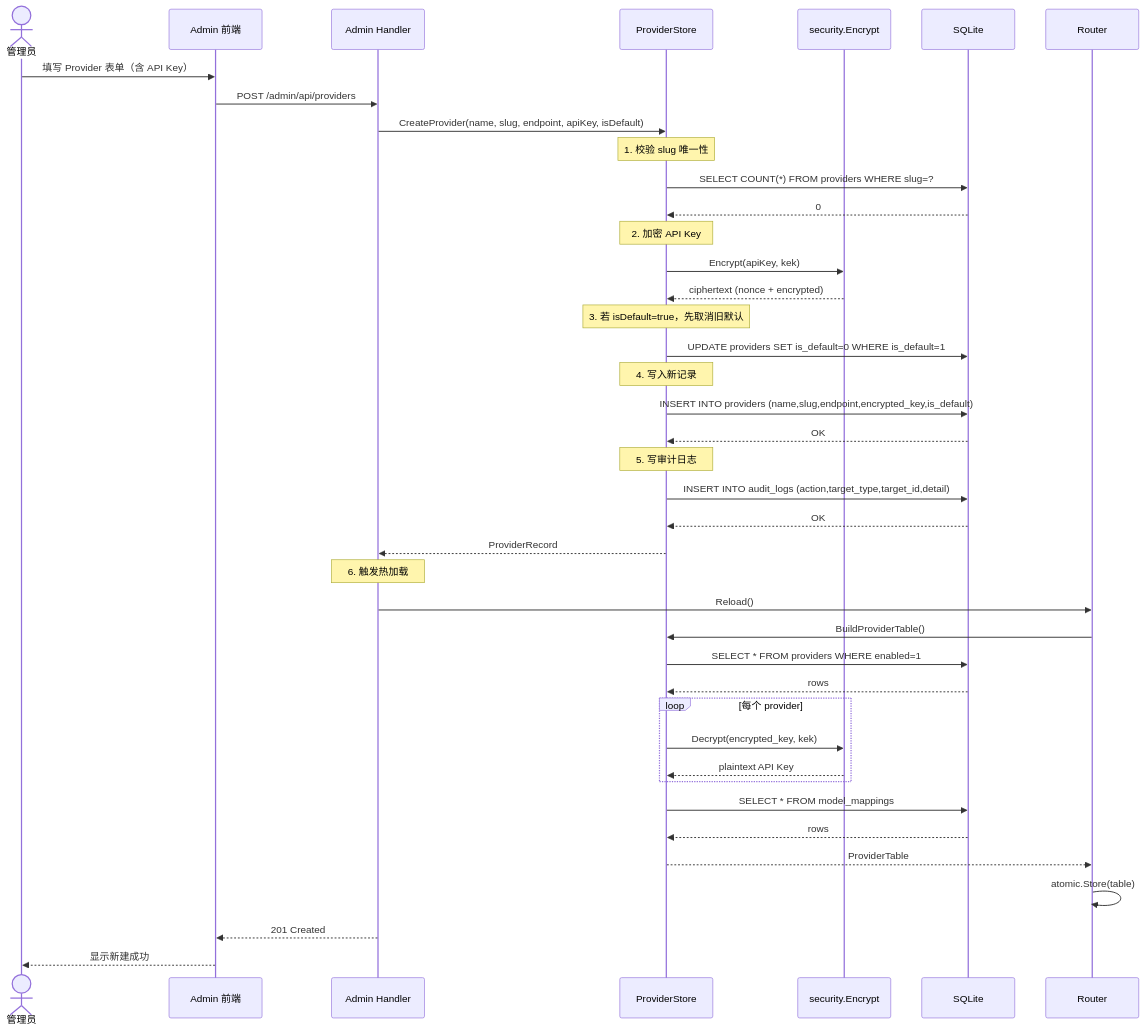
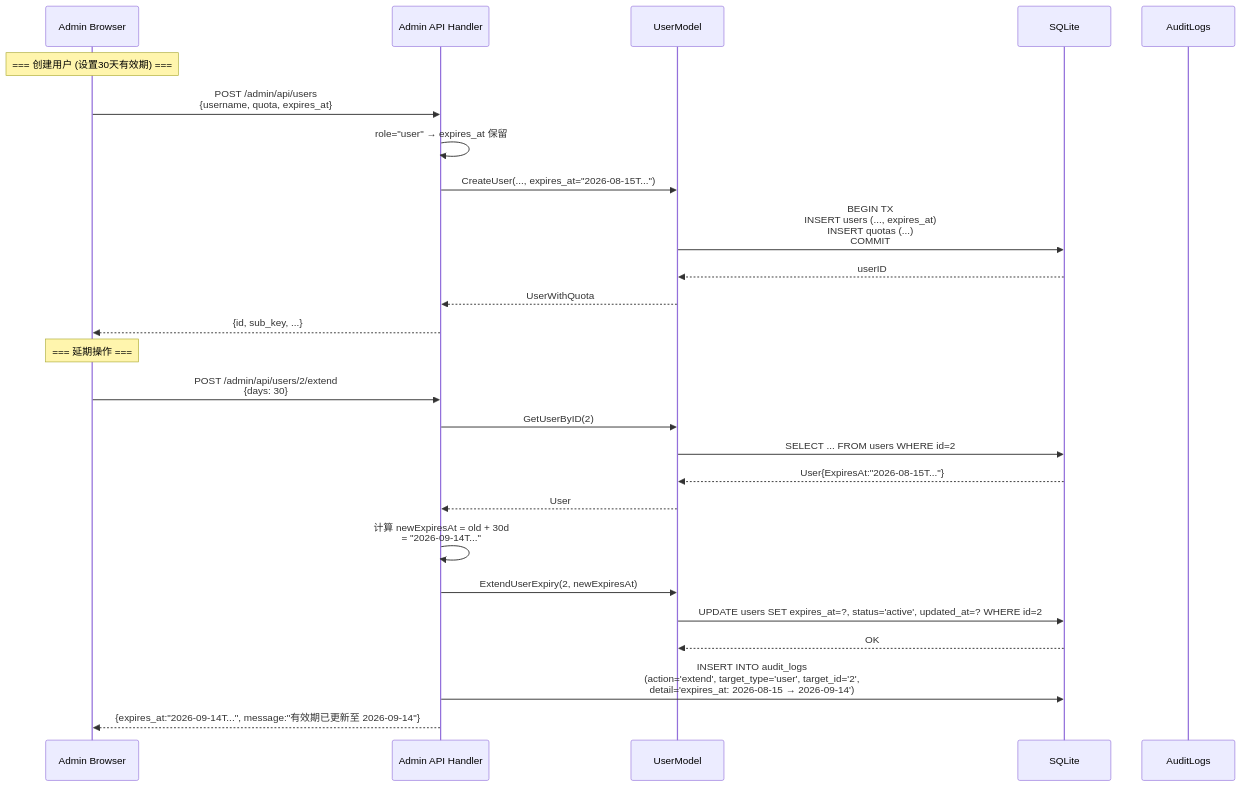
The third of 4 diagrams in docs/system_design.md (16499259-oss/shimiaocheng-llm), drawn with Mermaid before and after one commit. The commit also changed other lines of this file and 4 other files, not shown here.

Commit message:
docs: update design docs + add user-expiry PRD and sequence diagram

````diff
--- a/docs/system_design.md
+++ b/docs/system_design.md
@@ -450,52 +221,30 @@
 ```mermaid
 sequenceDiagram
-    actor Admin as 管理员
-    participant FE as Admin 前端
-    participant API as Admin Handler
-    participant Store as ProviderStore
-    participant Sec as security.Encrypt
+    participant A as Admin Browser
+    participant API as Admin API Handler
+    participant M as UserModel
     participant DB as SQLite
-    participant R as Router
+    participant AL as AuditLogs
 
-    Admin->>FE: 填写 Provider 表单（含 API Key）
-    FE->>API: POST /admin/api/providers
-    API->>Store: CreateProvider(name, slug, endpoint, apiKey, isDefault)
+    Note over A: === 创建用户 (设置30天有效期) ===
+    A->>API: POST /admin/api/users<br/>{username, quota, expires_at}
+    API->>API: role="user" → expires_at 保留
+    API->>M: CreateUser(..., expires_at="2026-08-15T...")
+    M->>DB: BEGIN TX<br/>INSERT users (..., expires_at)<br/>INSERT quotas (...)<br/>COMMIT
+    DB-->>M: userID
+    M-->>API: UserWithQuota
+    API-->>A: {id, sub_key, ...}
 
-    Note over Store: 1. 校验 slug 唯一性
-    Store->>DB: SELECT COUNT(*) FROM providers WHERE slug=?
-    DB-->>Store: 0
-
-    Note over Store: 2. 加密 API Key
-    Store->>Sec: Encrypt(apiKey, kek)
-    Sec-->>Store: ciphertext (nonce + encrypted)
-
-    Note over Store: 3. 若 isDefault=true，先取消旧默认
-    Store->>DB: UPDATE providers SET is_default=0 WHERE is_default=1
-
-    Note over Store: 4. 写入新记录
-    Store->>DB: INSERT INTO providers (name,slug,endpoint,encrypted_key,is_default)
-    DB-->>Store: OK
-
-    Note over Store: 5. 写审计日志
-    Store->>DB: INSERT INTO audit_logs (action,target_type,target_id,detail)
-    DB-->>Store: OK
-
-    Store-->>API: ProviderRecord
-
-    Note over API: 6. 触发热加载
-    API->>R: Reload()
-    R->>Store: BuildProviderTable()
-    Store->>DB: SELECT * FROM providers WHERE enabled=1
-    DB-->>Store: rows
-    loop 每个 provider
-        Store->>Sec: Decrypt(encrypted_key, kek)
-        Sec-->>Store: plaintext API Key
-    end
-    Store->>DB: SELECT * FROM model_mappings
-    DB-->>Store: rows
-    Store-->>R: ProviderTable
-    R->>R: atomic.Store(table)
-
-    API-->>FE: 201 Created
-    FE-->>Admin: 显示新建成功
+    Note over A: === 延期操作 ===
+    A->>API: POST /admin/api/users/2/extend<br/>{days: 30}
+    API->>M: GetUserByID(2)
+    M->>DB: SELECT ... FROM users WHERE id=2
+    DB-->>M: User{ExpiresAt:"2026-08-15T..."}
+    M-->>API: User
+    API->>API: 计算 newExpiresAt = old + 30d<br/>= "2026-09-14T..."
+    API->>M: ExtendUserExpiry(2, newExpiresAt)
+    M->>DB: UPDATE users SET expires_at=?, status='active', updated_at=? WHERE id=2
+    DB-->>M: OK
+    API->>DB: INSERT INTO audit_logs<br/>(action='extend', target_type='user', target_id='2',<br/>detail='expires_at: 2026-08-15 → 2026-09-14')
+    API-->>A: {expires_at:"2026-09-14T...", message:"有效期已更新至 2026-09-14"}
 ```
````
